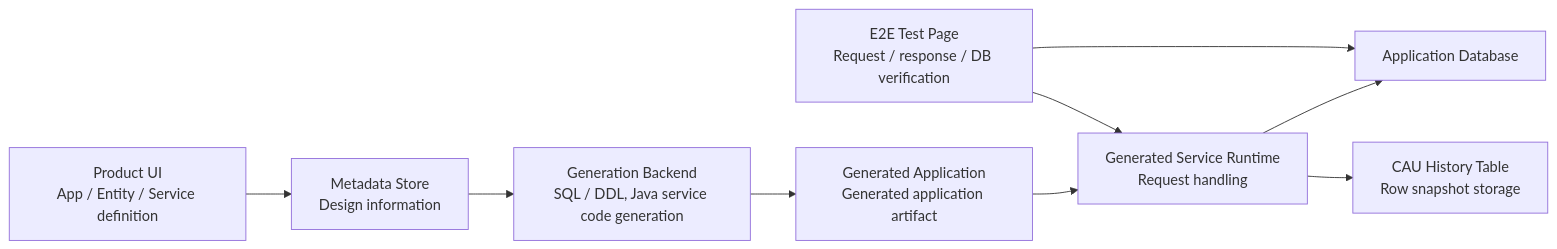
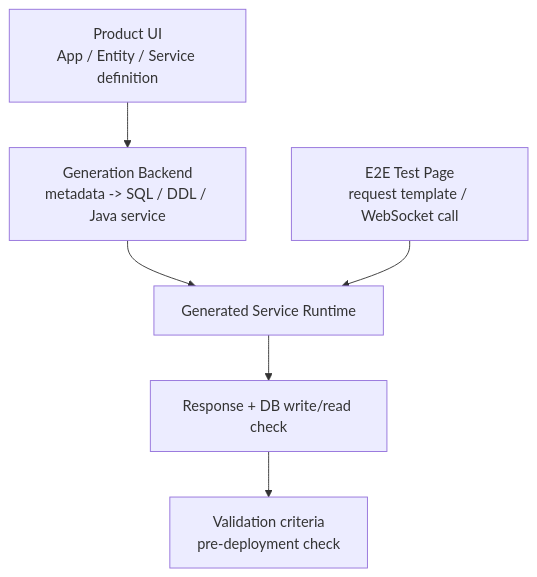
The first of 2 diagrams in docs/experience/tmaxcloud.en.md (zmrdltl/portfolio), drawn with Mermaid before and after one commit. The commit also changed other lines of this file and 7 other files, not shown here.

Commit message:
docs: refine representative work diagrams

````diff
--- a/docs/experience/tmaxcloud.en.md
+++ b/docs/experience/tmaxcloud.en.md
@@ -27,20 +27,15 @@
 ```mermaid
-flowchart LR
+flowchart TD
   ui["Product UI\nApp / Entity / Service definition"]
-  metadata["Metadata Store\nDesign information"]
-  generator["Generation Backend\nSQL / DDL, Java service code generation"]
-  artifact["Generated Application\nGenerated application artifact"]
-  runtime["Generated Service Runtime\nRequest handling"]
-  db["Application Database"]
-  test["E2E Test Page\nRequest / response / DB verification"]
-  history["CAU History Table\nRow snapshot storage"]
+  generator["Generation Backend\nmetadata -> SQL / DDL / Java service"]
+  runtime["Generated Service Runtime"]
+  tester["E2E Test Page\nrequest template / WebSocket call"]
+  validation["Response + DB write/read check"]
+  gate["Validation criteria\npre-deployment check"]
 
-  ui --> metadata
-  metadata --> generator
-  generator --> artifact
-  artifact --> runtime
-  runtime --> db
-  test --> runtime
-  test --> db
-  runtime --> history
+  ui --> generator
+  generator --> runtime
+  tester --> runtime
+  runtime --> validation
+  validation --> gate
 ```
````
